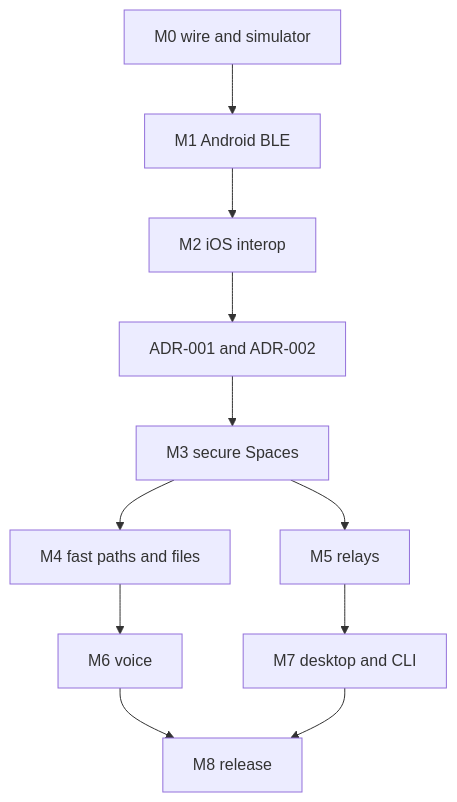
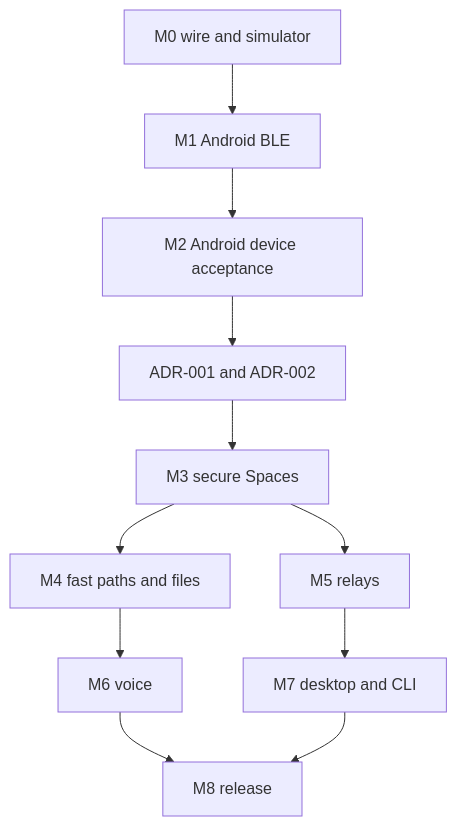
The diagram in docs/PLAN.md (Astraive/lattice), drawn with Mermaid before and after one commit. The commit also changed other lines of this file and 14 other files, not shown here.

````diff
--- a/docs/PLAN.md
+++ b/docs/PLAN.md
@@ -19,13 +19,13 @@
 ```mermaid
 flowchart TD
     M0["M0 wire and simulator"] --> M1["M1 Android BLE"]
-    M1 --> M2["M2 iOS interop"]
+    M1 --> M2["M2 Android device acceptance"]
     M2 --> A["ADR-001 and ADR-002"]
     A --> M3["M3 secure Spaces"]
     M3 --> M4["M4 fast paths and files"]
     M3 --> M5["M5 relays"]
     M4 --> M6["M6 voice"]
     M5 --> M7["M7 desktop and CLI"]
     M6 --> M8["M8 release"]
     M7 --> M8
 ```
````
